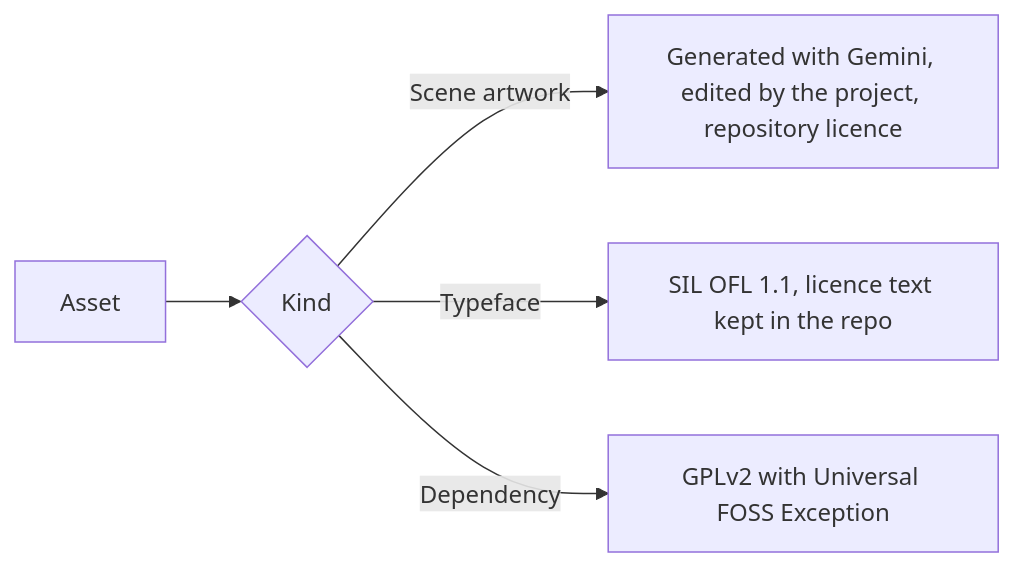
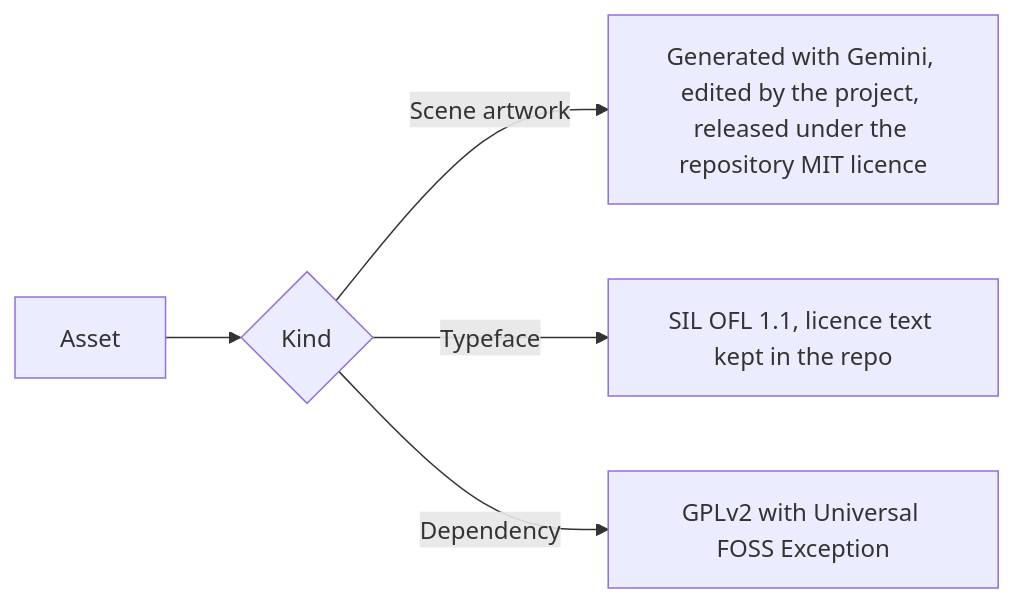
Before and after one commit to kfeuerschvenger/programmingrequests: the diagram in docs/ASSETS-LICENSES.md, drawn with Mermaid. The commit also changed other lines of this file and 1 other file, not shown here.

Commit message:
docs: add the MIT licence and clarify generated asset terms

````diff
--- a/docs/ASSETS-LICENSES.md
+++ b/docs/ASSETS-LICENSES.md
@@ -5,7 +5,7 @@
 ```mermaid
 flowchart LR
     A[Asset] --> B{Kind}
-    B -->|Scene artwork| C[Generated with Gemini, edited by the project, repository licence]
+    B -->|Scene artwork| C[Generated with Gemini, edited by the project, released under the repository MIT licence]
     B -->|Typeface| D[SIL OFL 1.1, licence text kept in the repo]
     B -->|Dependency| E[GPLv2 with Universal FOSS Exception]
 ```
````
